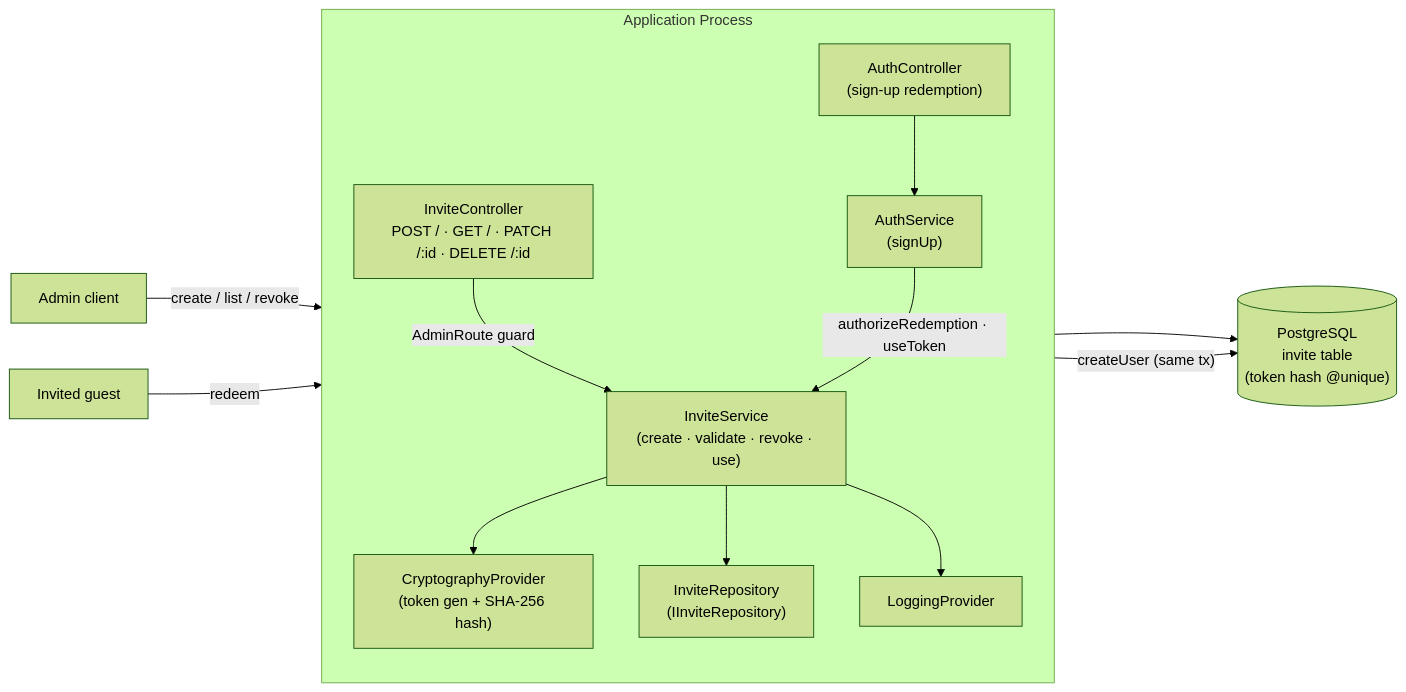
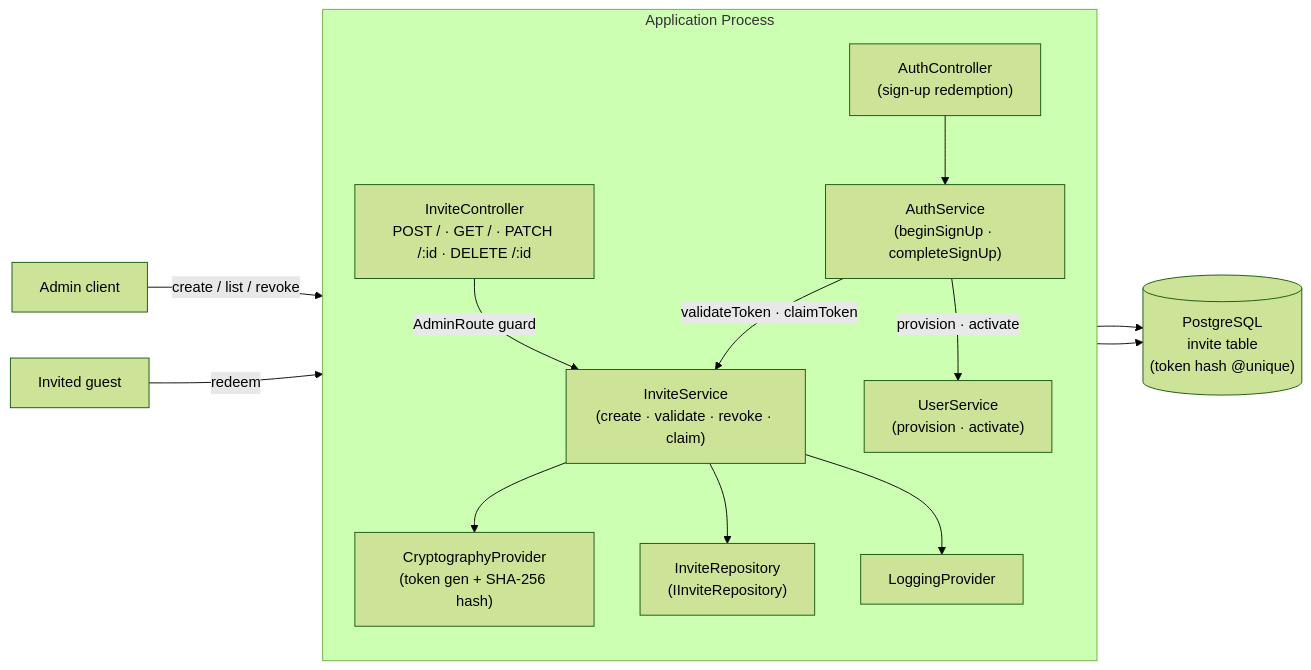
One commit to samAljailani/HomeGate changed the first of 5 diagrams in server/docs/invites.md. Above: the diagram before and after it, drawn with Mermaid (forest theme). The commit also changed other lines of this file and 1 other file, not shown here.

First line of the commit message:
docs: add auth/session design and update invite redemption

````diff
--- a/server/docs/invites.md
+++ b/server/docs/invites.md
@@ -14,24 +14,26 @@
 ```mermaid
 flowchart LR
     subgraph App["Application Process"]
         direction TB
         IC["InviteController<br/>POST / · GET / · PATCH /:id · DELETE /:id"]
         AC["AuthController<br/>(sign-up redemption)"]
-        IS["InviteService<br/>(create · validate · revoke · use)"]
-        AS["AuthService<br/>(signUp)"]
+        IS["InviteService<br/>(create · validate · revoke · claim)"]
+        AS["AuthService<br/>(beginSignUp · completeSignUp)"]
+        US["UserService<br/>(provision · activate)"]
         CRYPTO["CryptographyProvider<br/>(token gen + SHA-256 hash)"]
         REPO["InviteRepository<br/>(IInviteRepository)"]
         LOG["LoggingProvider"]
     end
 
     ADMIN["Admin client"] -->|"create / list / revoke"| IC
     GUEST["Invited guest"] -->|"redeem"| AC
     IC -->|"AdminRoute guard"| IS
     AC --> AS
-    AS -->|"authorizeRedemption · useToken"| IS
+    AS -->|"validateToken · claimToken"| IS
+    AS -->|"provision · activate"| US
     IS --> CRYPTO
     IS --> REPO
     IS --> LOG
     REPO --> DB[("PostgreSQL<br/>invite table<br/>(token hash @unique)")]
-    AS -->|"createUser (same tx)"| DB
+    US --> DB
 ```
````
